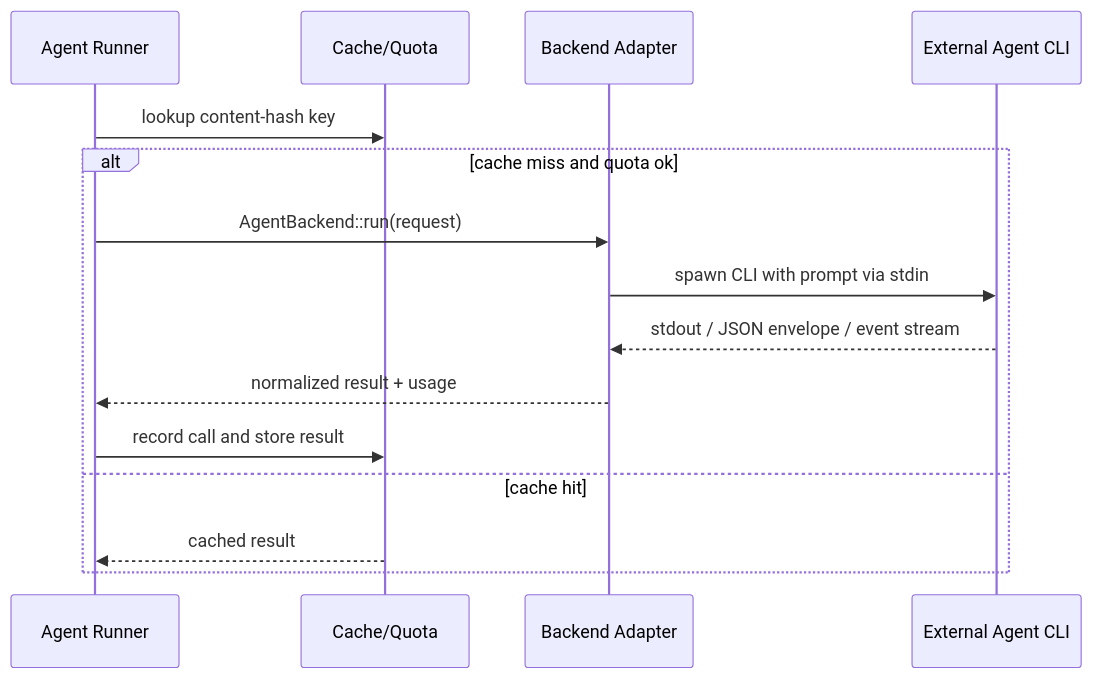
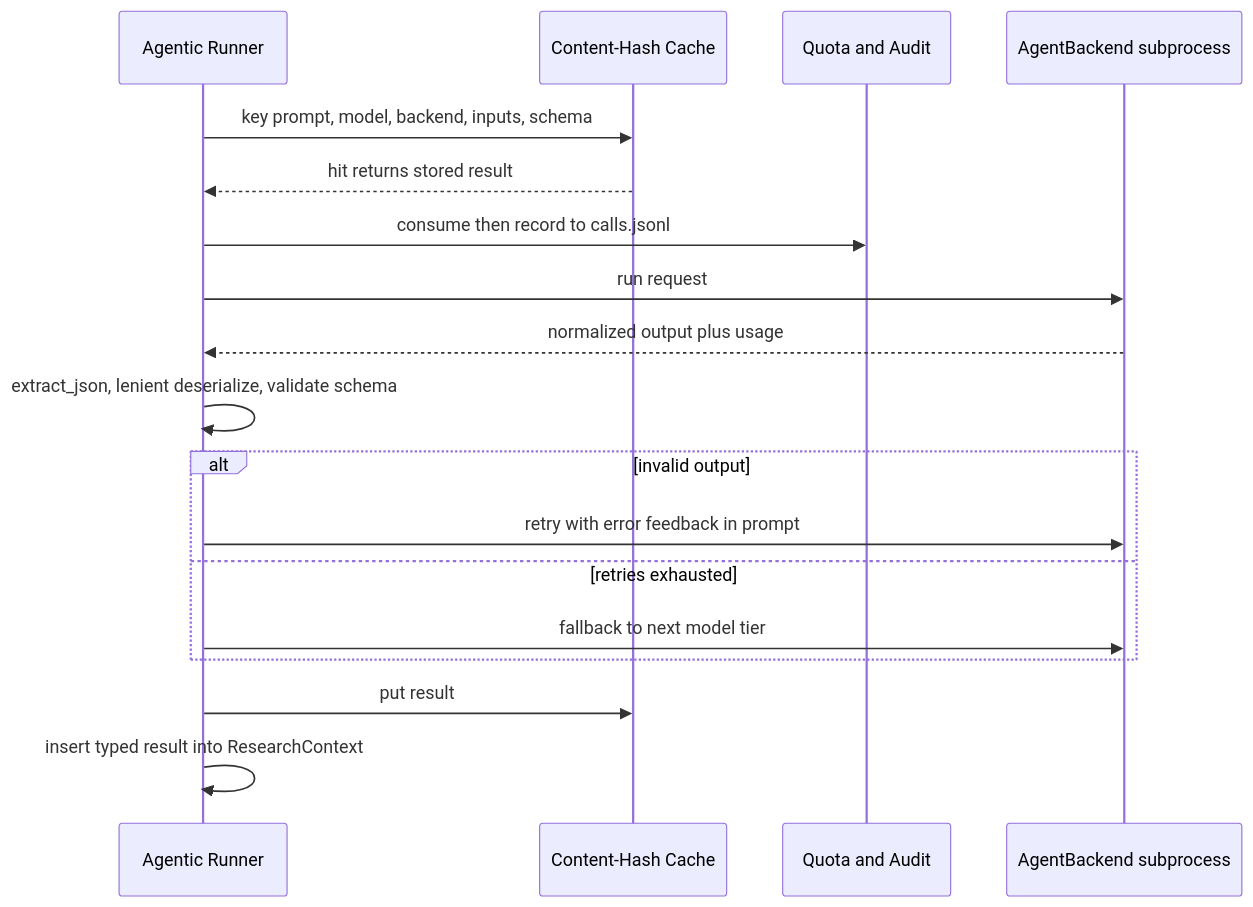
Before and after one commit to tidusvn05/agentwiki: the fifth of 5 diagrams in docs/en/3.Workflow.md, drawn with Mermaid. The commit also changed other lines of this file and 41 other files, not shown here.

````diff
--- a/docs/en/3.Workflow.md
+++ b/docs/en/3.Workflow.md
@@ -111,17 +106,20 @@
 ```mermaid
 sequenceDiagram
-    participant R as Agent Runner
-    participant C as Cache/Quota
-    participant B as Backend Adapter
-    participant X as External Agent CLI
-    R->>C: lookup content-hash key
-    alt cache miss and quota ok
-        R->>B: AgentBackend::run(request)
-        B->>X: spawn CLI with prompt via stdin
-        X-->>B: stdout / JSON envelope / event stream
-        B-->>R: normalized result + usage
-        R->>C: record call and store result
-    else cache hit
-        C-->>R: cached result
+    participant R as Agentic Runner
+    participant C as Content-Hash Cache
+    participant Q as Quota and Audit
+    participant B as AgentBackend subprocess
+    R->>C: key prompt, model, backend, inputs, schema
+    C-->>R: hit returns stored result
+    R->>Q: consume then record to calls.jsonl
+    R->>B: run request
+    B-->>R: normalized output plus usage
+    R->>R: extract_json, lenient deserialize, validate schema
+    alt invalid output
+        R->>B: retry with error feedback in prompt
+    else retries exhausted
+        R->>B: fallback to next model tier
     end
+    R->>C: put result
+    R->>R: insert typed result into ResearchContext
 ```
````
